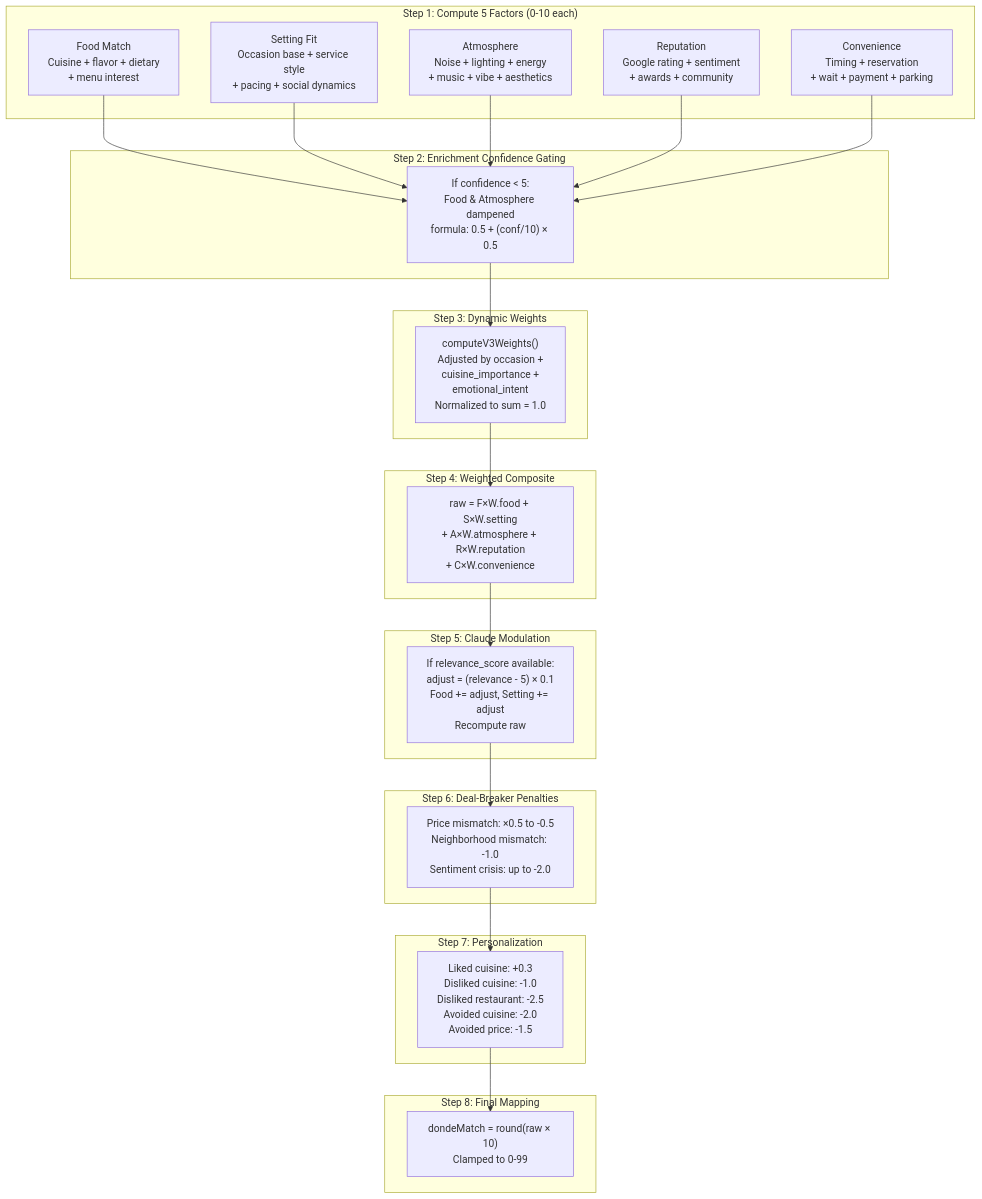
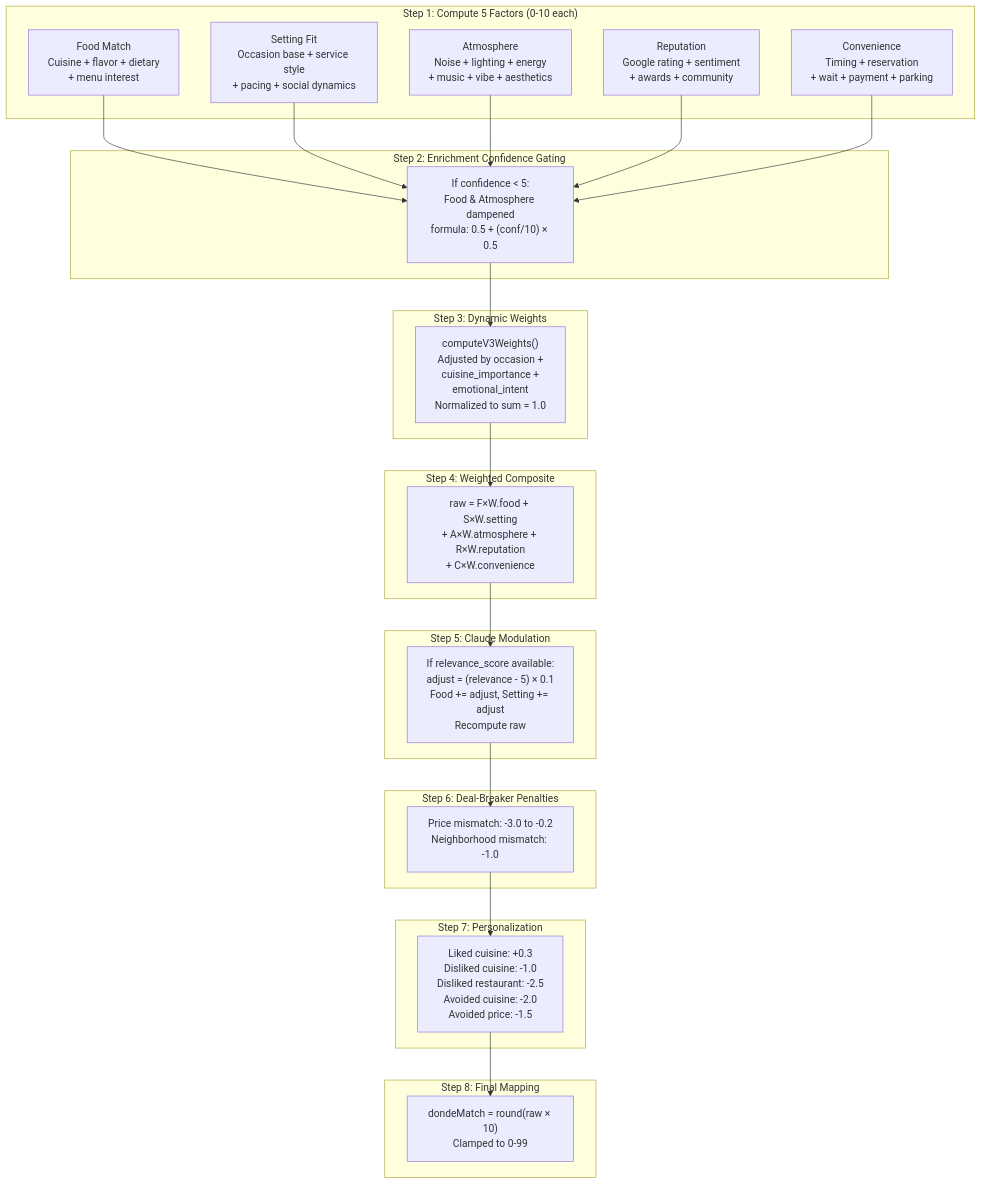
Before and after one commit to aacrit/dondeBackend: the seventh of 9 diagrams in docs/donde-match-design.md, drawn with Mermaid. The commit also changed other lines of this file and 2 other files, not shown here.

````diff
--- a/docs/donde-match-design.md
+++ b/docs/donde-match-design.md
@@ -316,41 +316,41 @@
 ```mermaid
 flowchart TD
     subgraph "Step 1: Compute 5 Factors (0-10 each)"
         F1["Food Match\nCuisine + flavor + dietary\n+ menu interest"]
         F2["Setting Fit\nOccasion base + service style\n+ pacing + social dynamics"]
         F3["Atmosphere\nNoise + lighting + energy\n+ music + vibe + aesthetics"]
         F4["Reputation\nGoogle rating + sentiment\n+ awards + community"]
         F5["Convenience\nTiming + reservation\n+ wait + payment + parking"]
     end
 
     subgraph "Step 2: Enrichment Confidence Gating"
         ECG["If confidence < 5:\nFood & Atmosphere dampened\nformula: 0.5 + (conf/10) × 0.5"]
     end
 
     subgraph "Step 3: Dynamic Weights"
         DW["computeV3Weights()\nAdjusted by occasion +\ncuisine_importance +\nemotional_intent\nNormalized to sum = 1.0"]
     end
 
     subgraph "Step 4: Weighted Composite"
         COMP["raw = F×W.food + S×W.setting\n+ A×W.atmosphere + R×W.reputation\n+ C×W.convenience"]
     end
 
     subgraph "Step 5: Claude Modulation"
         CM["If relevance_score available:\nadjust = (relevance - 5) × 0.1\nFood += adjust, Setting += adjust\nRecompute raw"]
     end
 
     subgraph "Step 6: Deal-Breaker Penalties"
-        DBP["Price mismatch: ×0.5 to -0.5\nNeighborhood mismatch: -1.0\nSentiment crisis: up to -2.0"]
+        DBP["Price mismatch: -3.0 to -0.2\nNeighborhood mismatch: -1.0"]
     end
 
     subgraph "Step 7: Personalization"
         PERS["Liked cuisine: +0.3\nDisliked cuisine: -1.0\nDisliked restaurant: -2.5\nAvoided cuisine: -2.0\nAvoided price: -1.5"]
     end
 
     subgraph "Step 8: Final Mapping"
         MAP["dondeMatch = round(raw × 10)\nClamped to 0-99"]
     end
 
     F1 & F2 & F3 & F4 & F5 --> ECG --> DW
     DW --> COMP --> CM --> DBP --> PERS --> MAP
 ```
````
